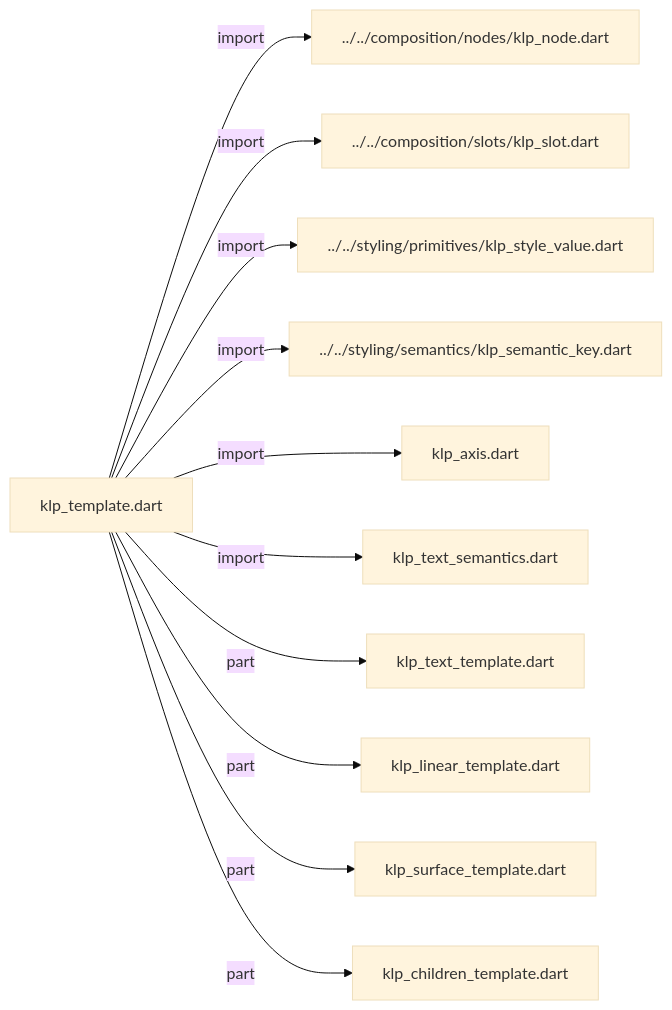
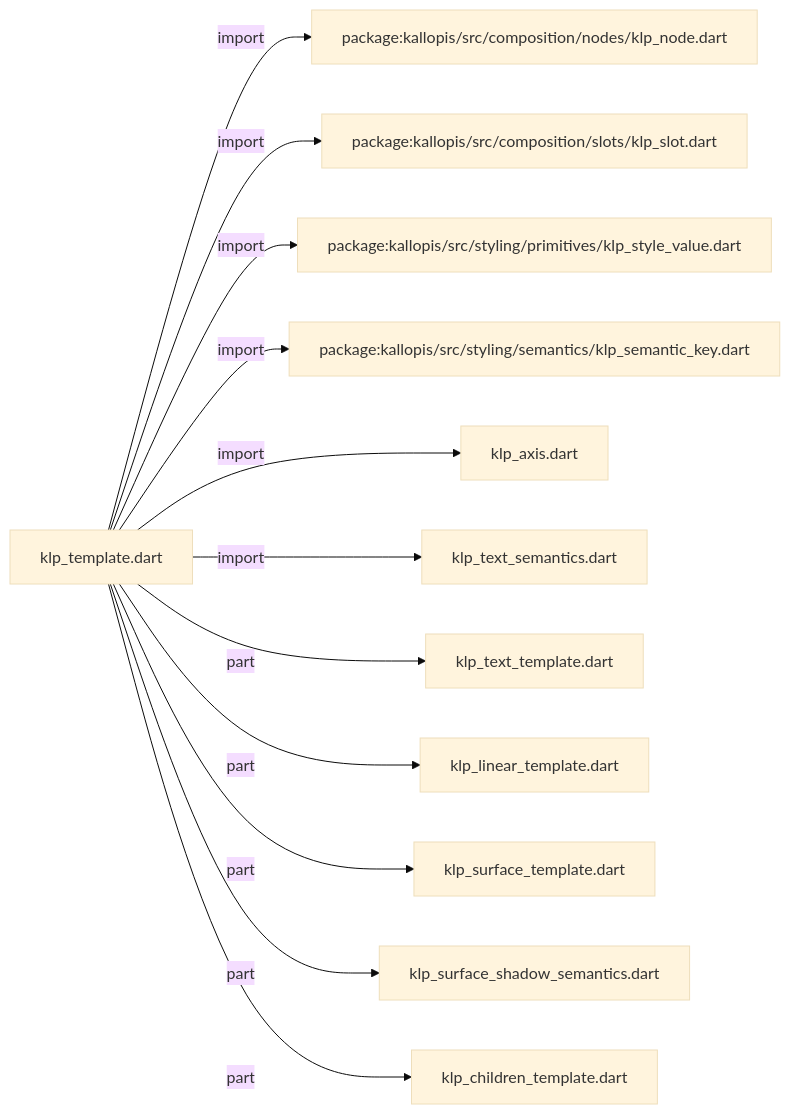
The first of 2 diagrams in docs/architecture/src/foundation/templates/klp_template.md (MiuDog/Kallopis), drawn with Mermaid (base theme) before and after one commit. The commit also changed other lines of this file and 9688 other files, not shown here.

Commit message:
Prepare isolated Flow F2 peer baseline

````diff
--- a/docs/architecture/src/foundation/templates/klp_template.md
+++ b/docs/architecture/src/foundation/templates/klp_template.md
@@ -11,24 +11,26 @@
 ```mermaid
 flowchart LR
 	n0["klp_template.dart"]
-	n1["../../composition/nodes/klp_node.dart"]
-	n2["../../composition/slots/klp_slot.dart"]
-	n3["../../styling/primitives/klp_style_value.dart"]
-	n4["../../styling/semantics/klp_semantic_key.dart"]
+	n1["package:kallopis/src/composition/nodes/klp_node.dart"]
+	n2["package:kallopis/src/composition/slots/klp_slot.dart"]
+	n3["package:kallopis/src/styling/primitives/klp_style_value.dart"]
+	n4["package:kallopis/src/styling/semantics/klp_semantic_key.dart"]
 	n5["klp_axis.dart"]
 	n6["klp_text_semantics.dart"]
 	n7["klp_text_template.dart"]
 	n8["klp_linear_template.dart"]
 	n9["klp_surface_template.dart"]
-	n10["klp_children_template.dart"]
+	n10["klp_surface_shadow_semantics.dart"]
+	n11["klp_children_template.dart"]
 	n0 -->|"import"| n1
 	n0 -->|"import"| n2
 	n0 -->|"import"| n3
 	n0 -->|"import"| n4
 	n0 -->|"import"| n5
 	n0 -->|"import"| n6
 	n0 -->|"part"| n7
 	n0 -->|"part"| n8
 	n0 -->|"part"| n9
 	n0 -->|"part"| n10
+	n0 -->|"part"| n11
 ```
````
